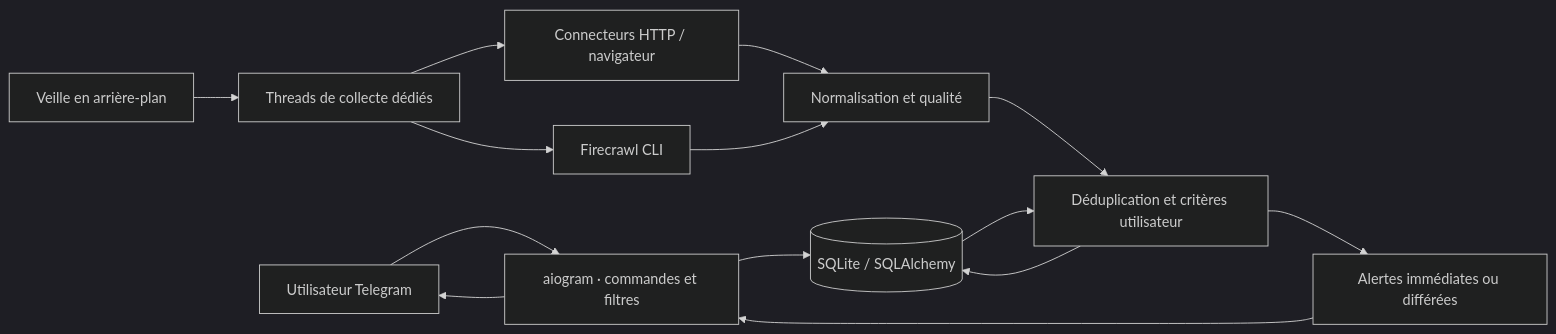
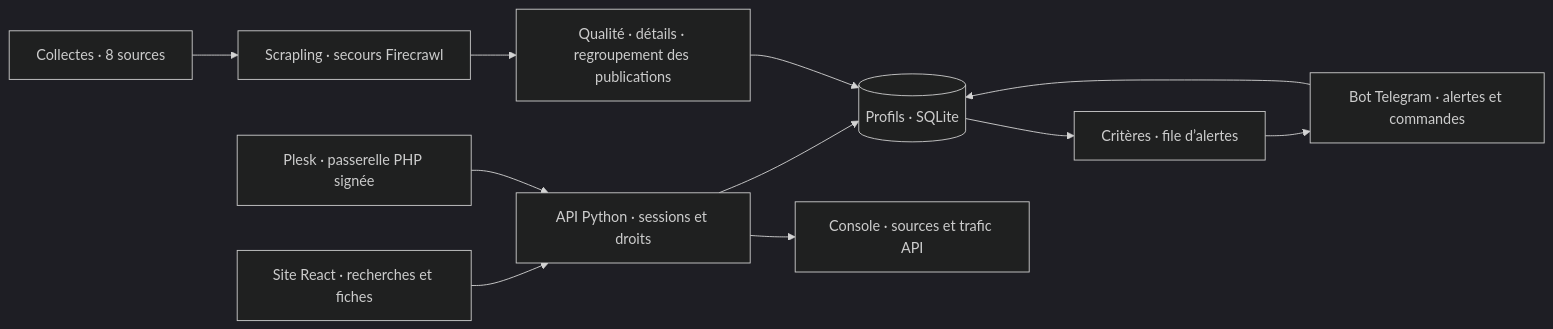
Before and after one commit to ZEBDA1/ImmoAlert: the diagram in README.md, drawn with Mermaid (dark theme). The commit also changed other lines of this file and 105 other files, not shown here.

Commit message:
feat: publish the web dashboard, managed accounts and Plesk edition

````diff
--- a/README.md
+++ b/README.md
@@ -125,16 +153,13 @@
 ```mermaid
 flowchart LR
-    User["Utilisateur Telegram"] --> Bot["aiogram · commandes et filtres"]
-    Bot --> DB[("SQLite / SQLAlchemy")]
-    Scheduler["Veille en arrière-plan"] --> Workers["Threads de collecte dédiés"]
-    Workers --> HTTP["Connecteurs HTTP / navigateur"]
-    Workers --> FC["Firecrawl CLI"]
-    HTTP --> Normalize["Normalisation et qualité"]
-    FC --> Normalize
-    Normalize --> Match["Déduplication et critères utilisateur"]
-    DB --> Match
-    Match --> DB
-    Match --> Queue["Alertes immédiates ou différées"]
-    Queue --> Bot
-    Bot --> User
+    Web["Site React · recherches et fiches"] --> API["API Python · sessions et droits"]
+    Plesk["Plesk · passerelle PHP signée"] --> API
+    Telegram["Bot Telegram · alertes et commandes"] --> DB[("Profils · SQLite")]
+    API --> DB
+    Collect["Collectes · 8 sources"] --> Render["Scrapling · secours Firecrawl"]
+    Render --> Quality["Qualité · détails · regroupement des publications"]
+    Quality --> DB
+    DB --> Queue["Critères · file d’alertes"]
+    Queue --> Telegram
+    API --> Admin["Console · sources et trafic API"]
 ```
````
